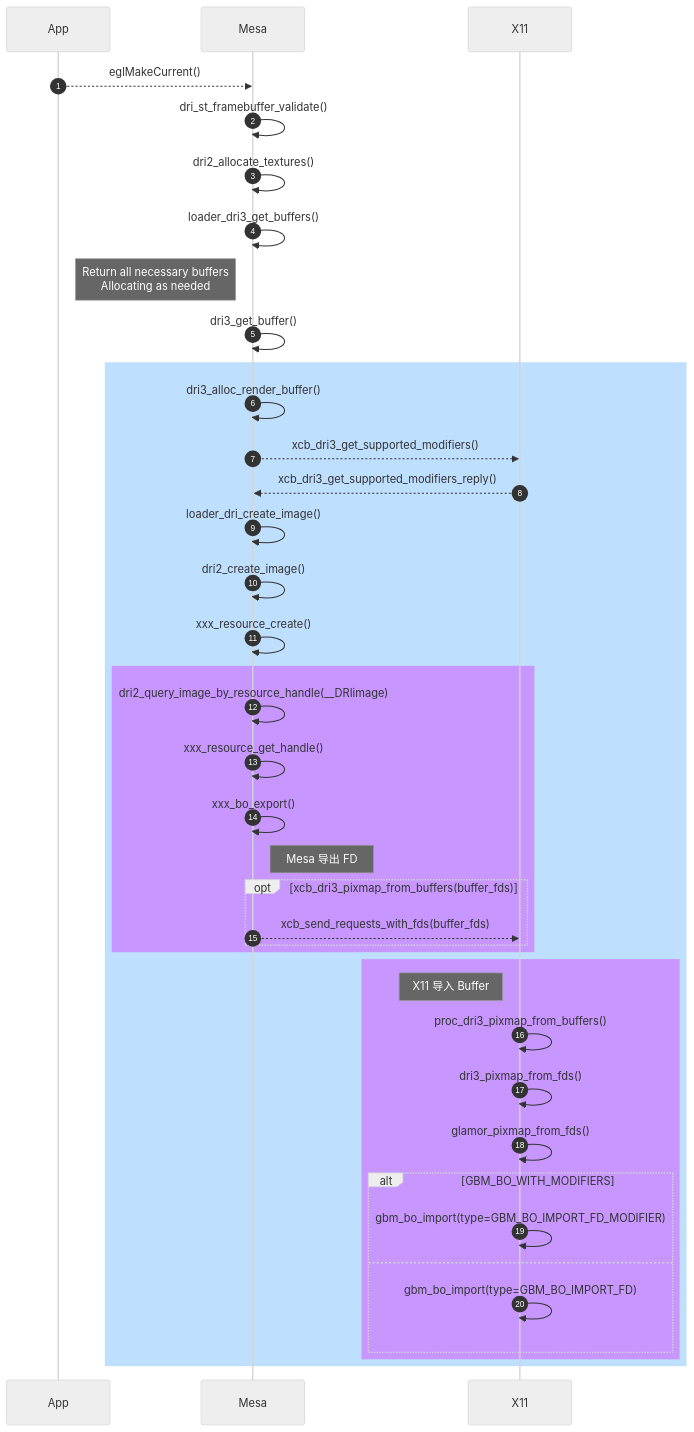
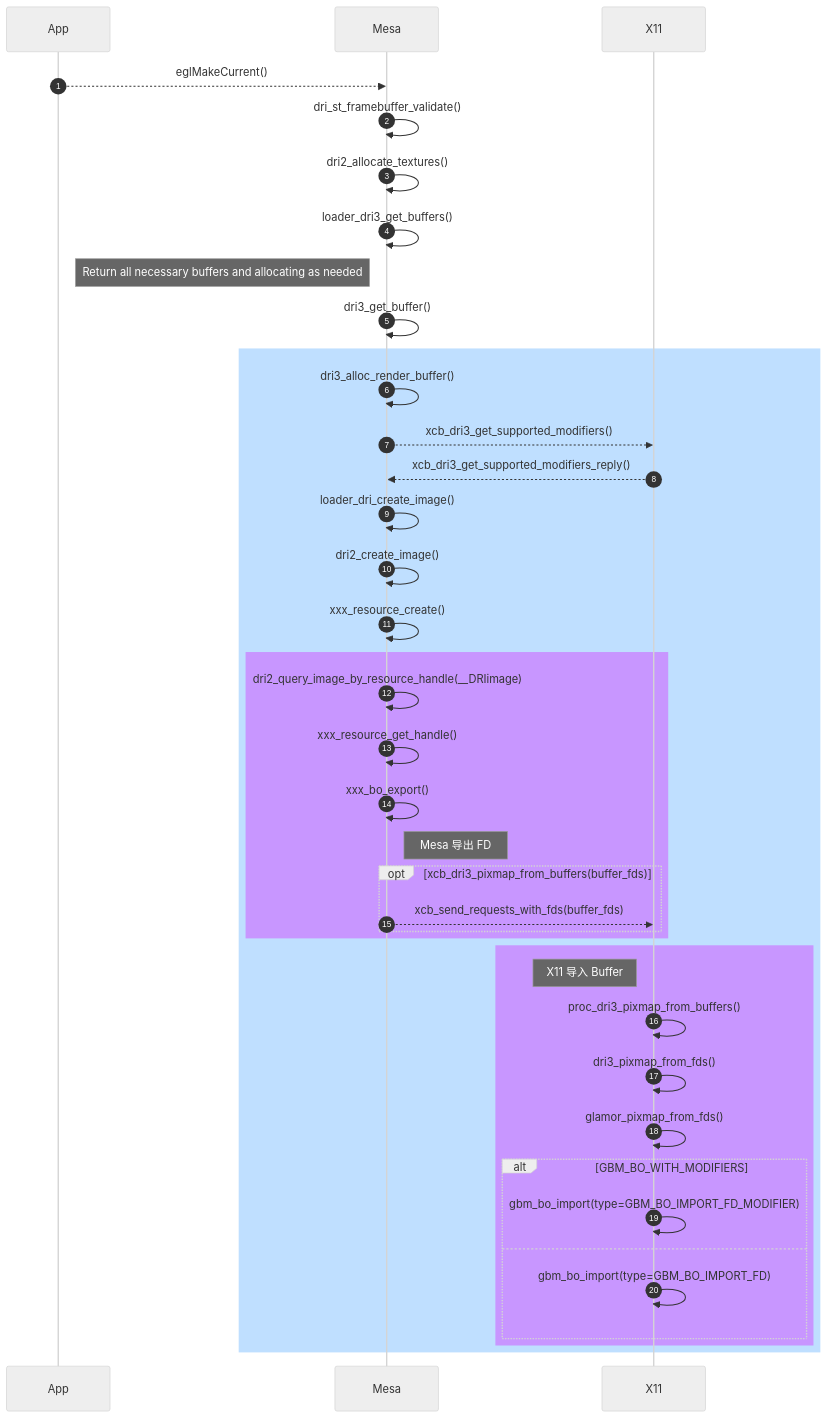
The second of 5 diagrams in source/_posts/gfx/dri3.md (lucmann/lucmann.github.io), drawn with Mermaid (neutral theme) before and after one commit. The commit also changed other lines of this file and 1 other file, not shown here.

Commit message:
gfx: mesa glx

````diff
--- a/source/_posts/gfx/dri3.md
+++ b/source/_posts/gfx/dri3.md
@@ -141,42 +141,42 @@
 ```mermaid
 sequenceDiagram
     autonumber
     participant App
     participant Mesa
     participant X11
 
     App-->>Mesa: eglMakeCurrent()
     Mesa->>Mesa: dri_st_framebuffer_validate()
     Mesa->>Mesa: dri2_allocate_textures()
     Mesa->>Mesa: loader_dri3_get_buffers()
-    note left of Mesa: Return all necessary buffers<br/>Allocating as needed
+    note left of Mesa: Return all necessary buffers and allocating as needed
     Mesa->>Mesa: dri3_get_buffer()
     rect rgb(191, 223, 255)
     Mesa->>Mesa: dri3_alloc_render_buffer()
     Mesa-->>X11: xcb_dri3_get_supported_modifiers()
     X11-->>Mesa: xcb_dri3_get_supported_modifiers_reply()
     Mesa->>Mesa: loader_dri_create_image()
     Mesa->>Mesa: dri2_create_image()
     Mesa->>Mesa: xxx_resource_create()
     rect rgb(200, 150, 255)
     Mesa->>Mesa: dri2_query_image_by_resource_handle(__DRIimage)
     Mesa->>Mesa: xxx_resource_get_handle()
     Mesa->>Mesa: xxx_bo_export()
     note right of Mesa: Mesa 导出 FD
     opt xcb_dri3_pixmap_from_buffers(buffer_fds)
         Mesa-->>X11: xcb_send_requests_with_fds(buffer_fds)
     end
     end
     rect rgb(200, 150, 255)
     note left of X11: X11 导入 Buffer
     X11->>X11: proc_dri3_pixmap_from_buffers()
     X11->>X11: dri3_pixmap_from_fds()
     X11->>X11: glamor_pixmap_from_fds()
     alt GBM_BO_WITH_MODIFIERS
         X11->>X11: gbm_bo_import(type=GBM_BO_IMPORT_FD_MODIFIER)
     else
         X11->>X11: gbm_bo_import(type=GBM_BO_IMPORT_FD)
     end
     end
     end
 ```
````
